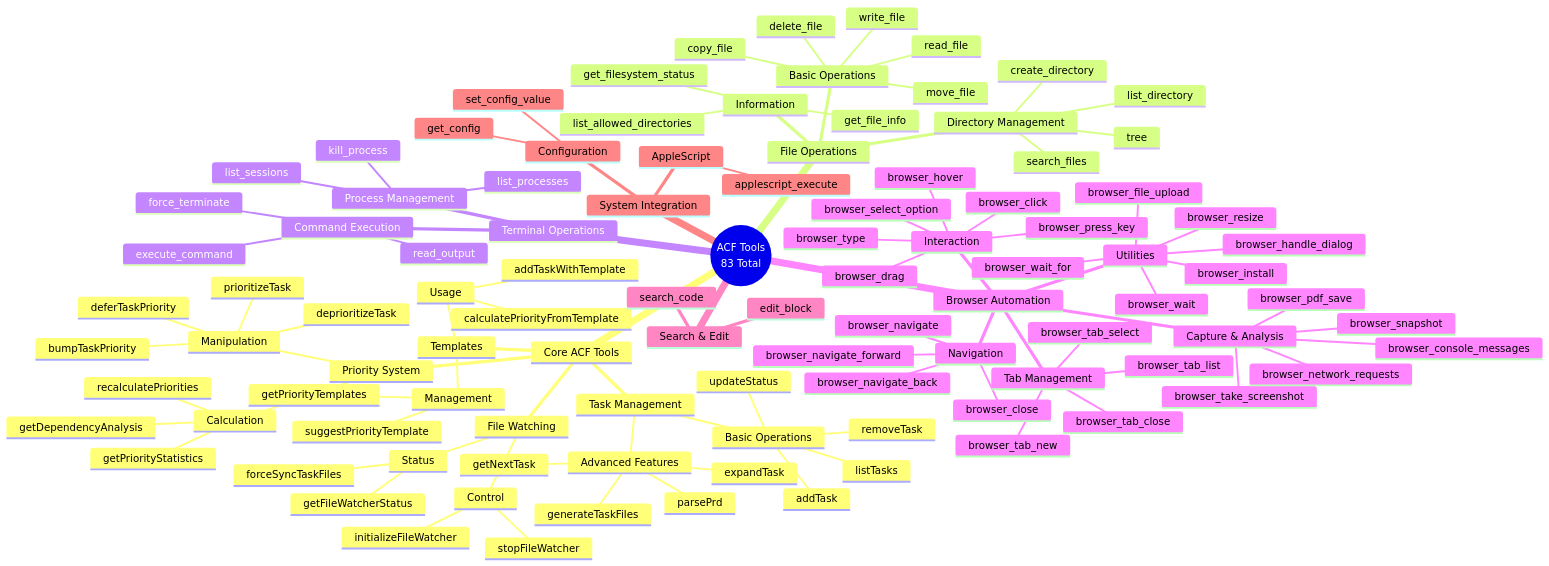
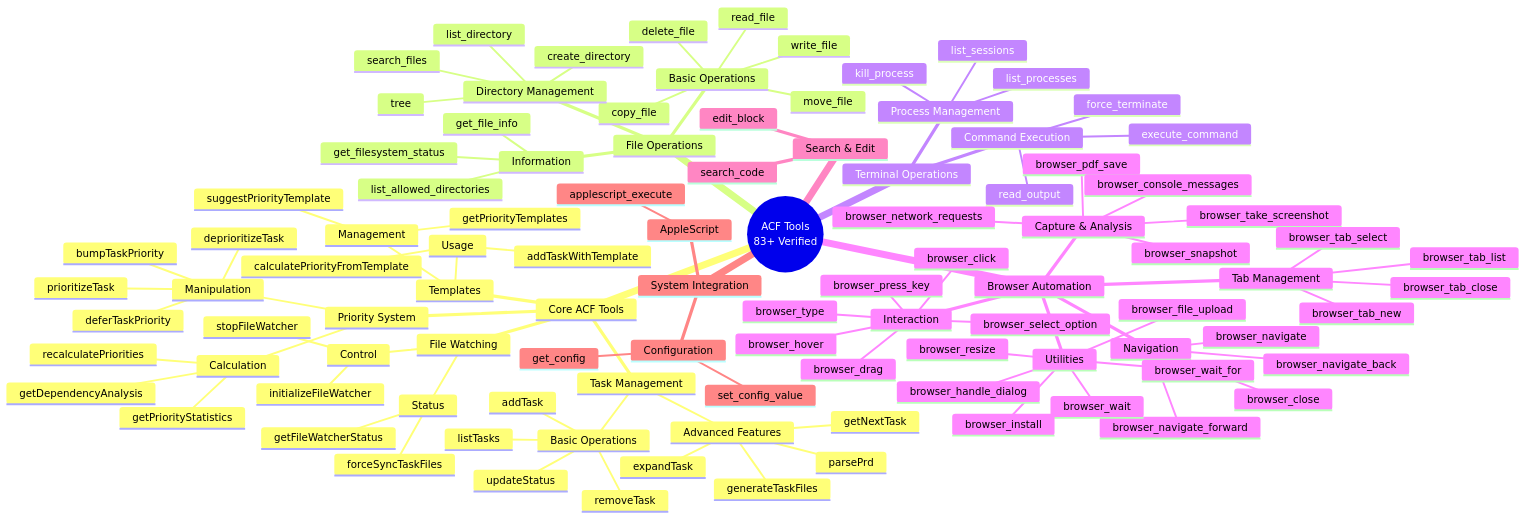
The first of 17 diagrams in docs/TOOL_REFERENCE.md (FutureAtoms/agentic-control-framework), drawn with Mermaid before and after one commit. The commit also changed other lines of this file and 34 other files, not shown here.

````diff
--- a/docs/TOOL_REFERENCE.md
+++ b/docs/TOOL_REFERENCE.md
@@ -9,6 +10,6 @@
 ```mermaid
 mindmap
-  root((ACF Tools<br/>83 Total))
+  root((ACF Tools<br/>83+ Verified))
     Core ACF Tools
       Task Management
         Basic Operations
````
